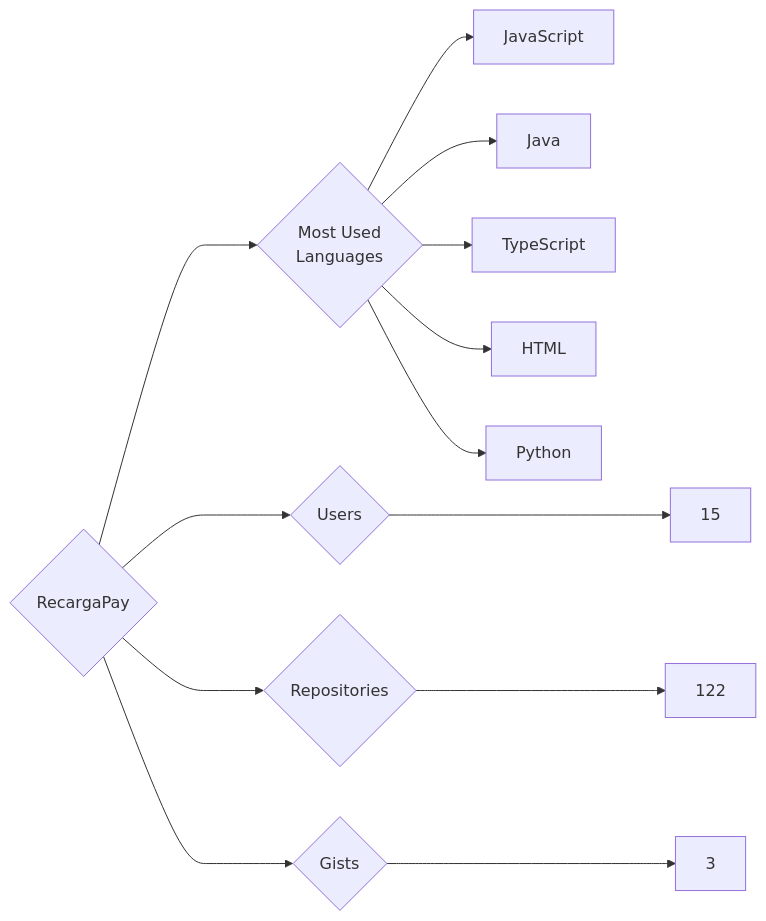
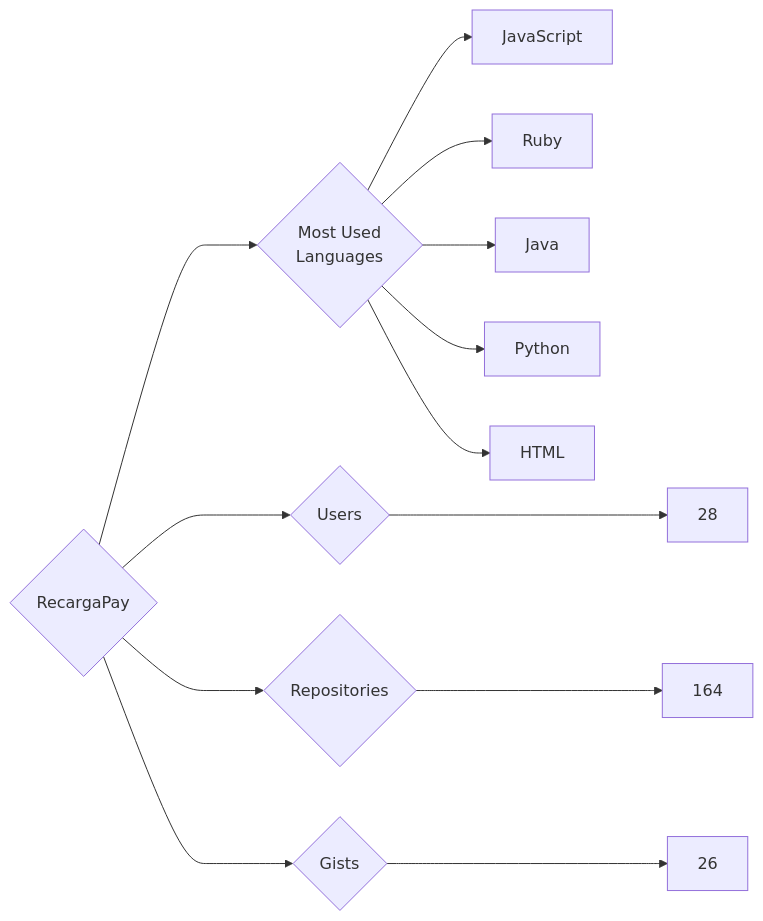
Before and after one commit to trickest/insiders: the diagram in targets/RecargaPay/README.md, drawn with Mermaid. The commit also changed 806 other files, not shown here.

````diff
--- a/targets/RecargaPay/README.md
+++ b/targets/RecargaPay/README.md
@@ -3,13 +3,13 @@
 ```mermaid
 graph LR
 COMPANY_NAME{RecargaPay}
-COMPANY_NAME ---> U{Users} ---> UN[15]
-COMPANY_NAME ---> R{Repositories} ---> RN[122]
-COMPANY_NAME ---> G{Gists} ---> GN[3]
+COMPANY_NAME ---> U{Users} ---> UN[28]
+COMPANY_NAME ---> R{Repositories} ---> RN[164]
+COMPANY_NAME ---> G{Gists} ---> GN[26]
 COMPANY_NAME ---> ML{Most Used<br>Languages}
 ML --> JavaScript[JavaScript]
+ML --> Ruby[Ruby]
 ML --> Java[Java]
-ML --> TypeScript[TypeScript]
+ML --> Python[Python]
 ML --> HTML[HTML]
-ML --> Python[Python]
 ```
````
